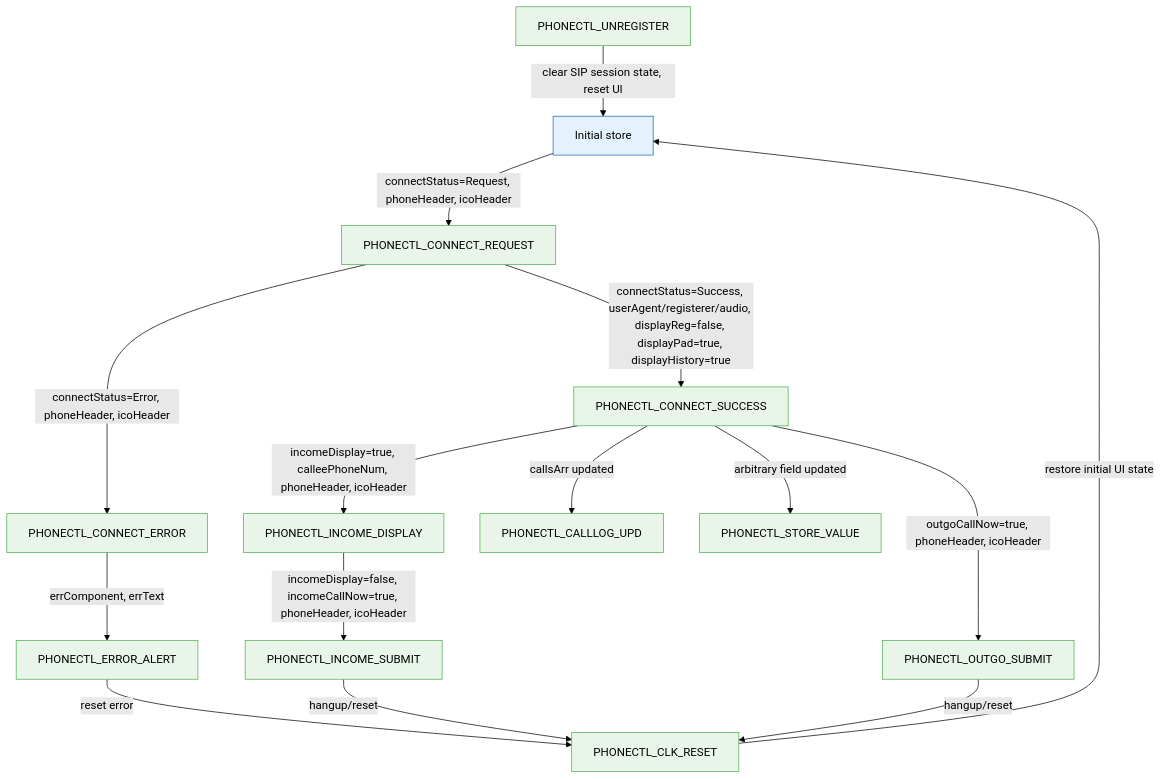
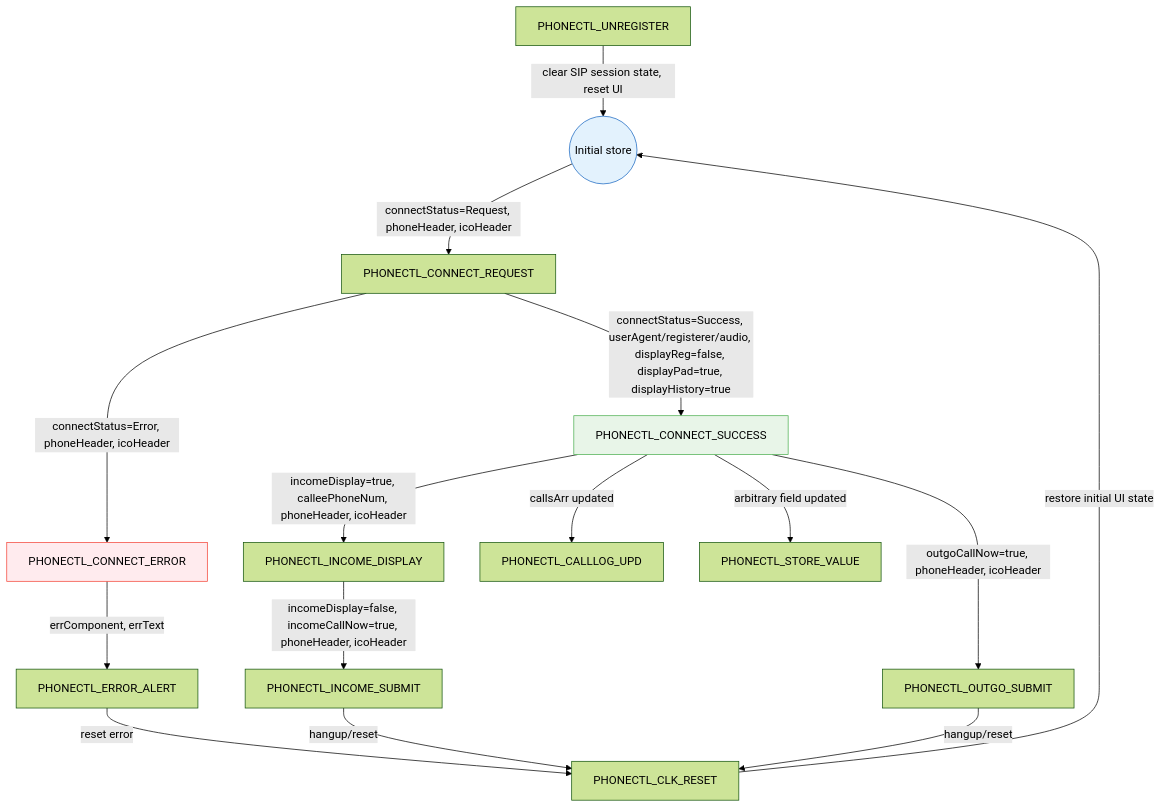
Before and after one commit to ars-anosov/sipjs-react: the first of 5 diagrams in phone/README.md, drawn with Mermaid (forest theme). The commit also changed other lines of this file, not shown here.

````diff
--- a/phone/README.md
+++ b/phone/README.md
@@ -6,35 +6,38 @@
 ```mermaid
 flowchart TD
-  Init[Initial store]
+  Init@{ shape: circle, label: "Initial store" }
   CR[PHONECTL_CONNECT_REQUEST]
   CS[PHONECTL_CONNECT_SUCCESS]
   CE[PHONECTL_CONNECT_ERROR]
   UN[PHONECTL_UNREGISTER]
   RS[PHONECTL_CLK_RESET]
   ID[PHONECTL_INCOME_DISPLAY]
   IS[PHONECTL_INCOME_SUBMIT]
   OS[PHONECTL_OUTGO_SUBMIT]
   CL[PHONECTL_CALLLOG_UPD]
   SV[PHONECTL_STORE_VALUE]
   EA[PHONECTL_ERROR_ALERT]
 
   Init -->|connectStatus=Request, phoneHeader, icoHeader| CR
   CR -->|connectStatus=Success, userAgent/registerer/audio, displayReg=false, displayPad=true, displayHistory=true| CS
   CR -->|connectStatus=Error, phoneHeader, icoHeader| CE
   CS -->|outgoCallNow=true, phoneHeader, icoHeader| OS
   CS -->|incomeDisplay=true, calleePhoneNum, phoneHeader, icoHeader| ID
   ID -->|incomeDisplay=false, incomeCallNow=true, phoneHeader, icoHeader| IS
   CS -->|callsArr updated| CL
   CS -->|arbitrary field updated| SV
   CE -->|errComponent, errText| EA
   EA -->|reset error| RS
   IS -->|hangup/reset| RS
   OS -->|hangup/reset| RS
   RS -->|restore initial UI state| Init
   UN -->|clear SIP session state, reset UI| Init
 
-  classDef action fill:#e8f5e8,stroke:#4caf50,stroke-width:1px
-  classDef state fill:#e3f2fd,stroke:#1565c0,stroke-width:1px
-  class CR,CS,CE,UN,RS,ID,IS,OS,CL,SV,EA action
-  class Init state
+  classDef initial fill:#e3f2fd,stroke:#1565c0,stroke-width:1px
+  classDef success fill:#e8f5e8,stroke:#4caf50,stroke-width:1px
+  classDef error fill:#ffebee,stroke:#f44336,stroke-width:1px
+  
+  class Init initial
+  class CS success
+  class CE error
 ```
````
